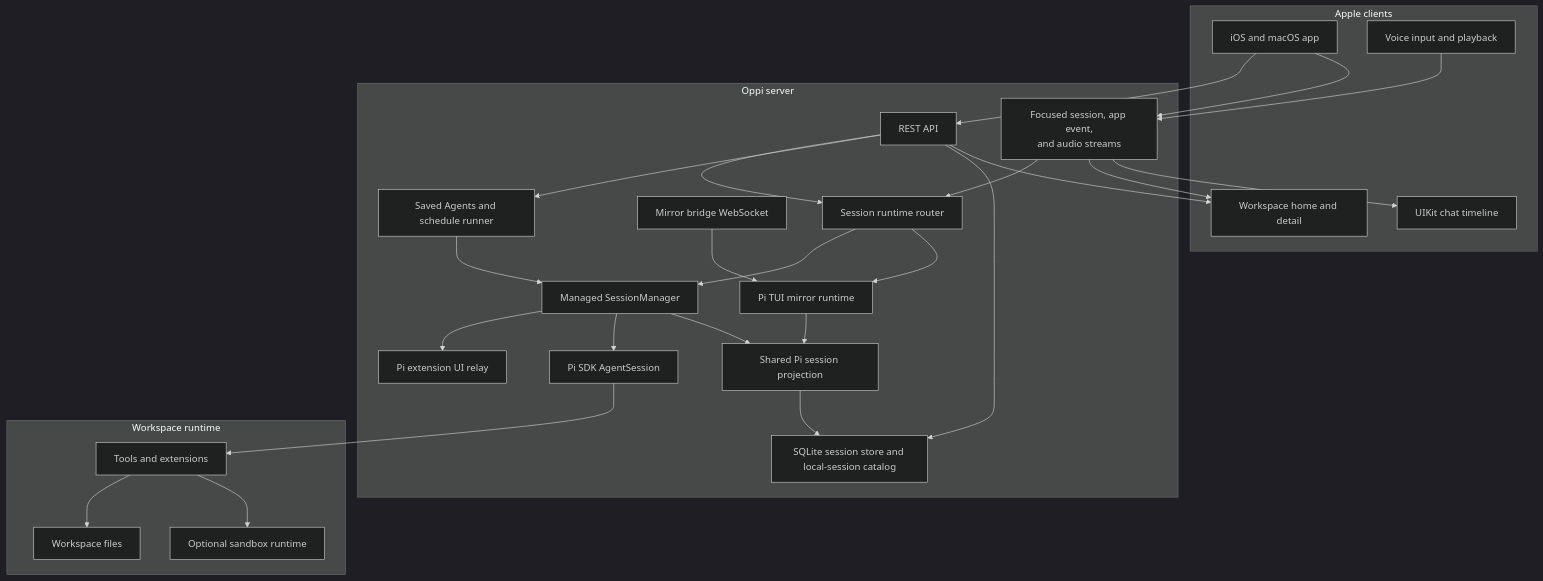
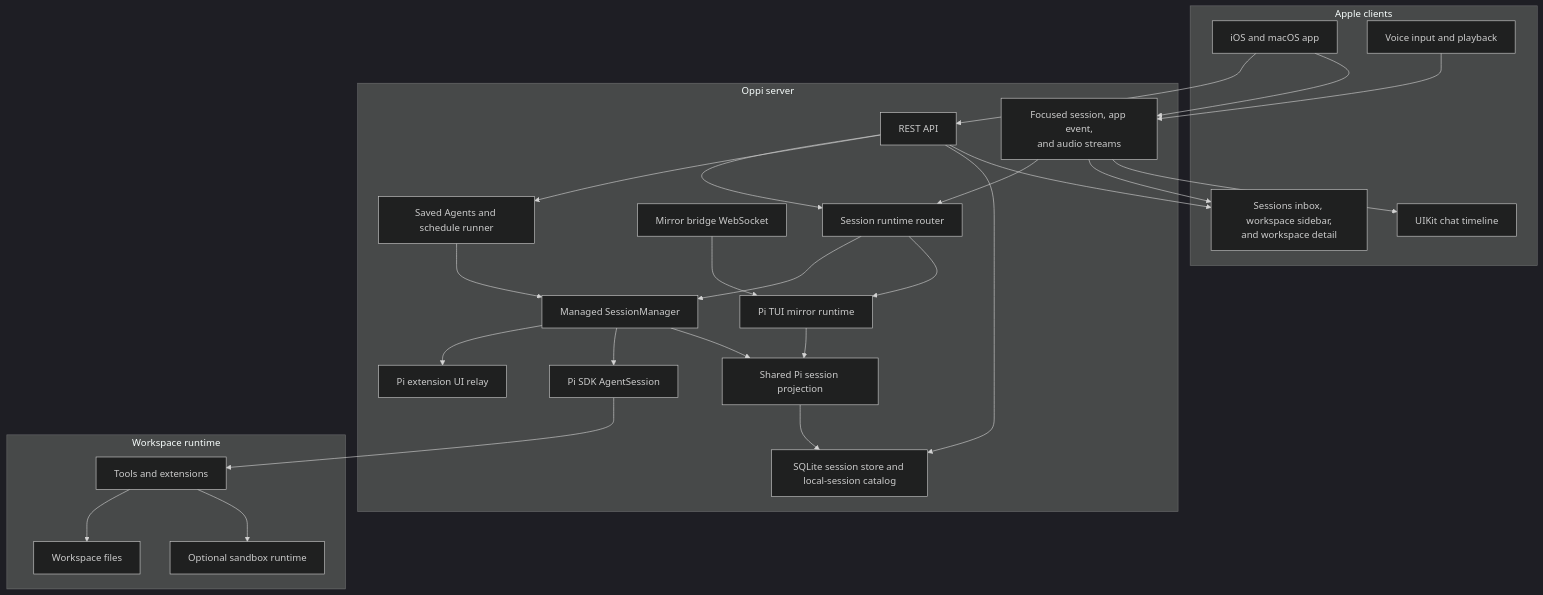
The first of 3 diagrams in docs/architecture.md (duh17/oppi), drawn with Mermaid (dark theme) before and after one commit. The commit also changed other lines of this file and 6 other files, not shown here.

````diff
--- a/docs/architecture.md
+++ b/docs/architecture.md
@@ -20,52 +20,52 @@
 ```mermaid
 graph TD
   subgraph Apple[Apple clients]
     App[iOS and macOS app]
-    WorkspaceUI[Workspace home and detail]
+    WorkspaceUI[Sessions inbox, workspace sidebar,<br/>and workspace detail]
     Timeline[UIKit chat timeline]
     Voice[Voice input and playback]
   end
 
   subgraph Server[Oppi server]
     HTTP[REST API]
     Streams[Focused session, app event,<br/>and audio streams]
     Router[Session runtime router]
     Sessions[Managed SessionManager]
     Mirror[Pi TUI mirror runtime]
     Bridge[Mirror bridge WebSocket]
     ExtensionUI[Pi extension UI relay]
     Automations[Saved Agents and schedule runner]
     Storage[SQLite session store and local-session catalog]
     Project[Shared Pi session projection]
     Pi[Pi SDK AgentSession]
   end
 
   subgraph Workspace[Workspace runtime]
     Files[Workspace files]
     Tools[Tools and extensions]
     Sandbox[Optional sandbox runtime]
   end
 
   App --> HTTP
   App --> Streams
   HTTP --> Router
   HTTP --> Automations
   HTTP --> Storage
   Streams --> Router
   Router --> Sessions
   Router --> Mirror
   Bridge --> Mirror
   Automations --> Sessions
   Sessions --> ExtensionUI
   Sessions --> Pi
   Sessions --> Project
   Mirror --> Project
   Pi --> Tools
   Tools --> Files
   Project --> Storage
   Tools --> Sandbox
   HTTP --> WorkspaceUI
   Streams --> WorkspaceUI
   Streams --> Timeline
   Voice --> Streams
 ```
````
